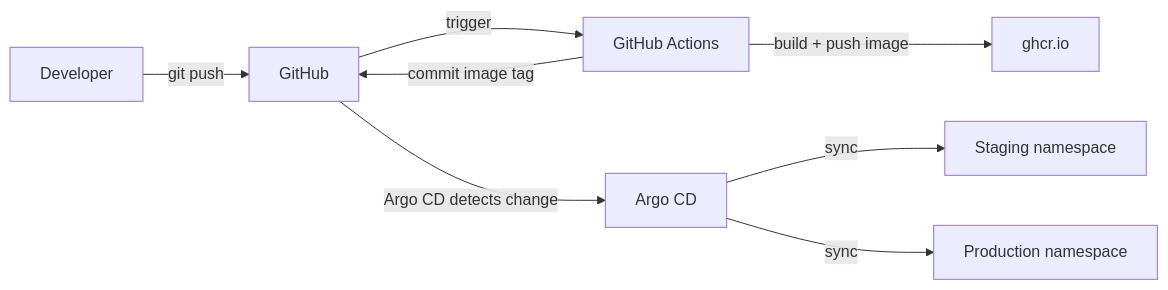
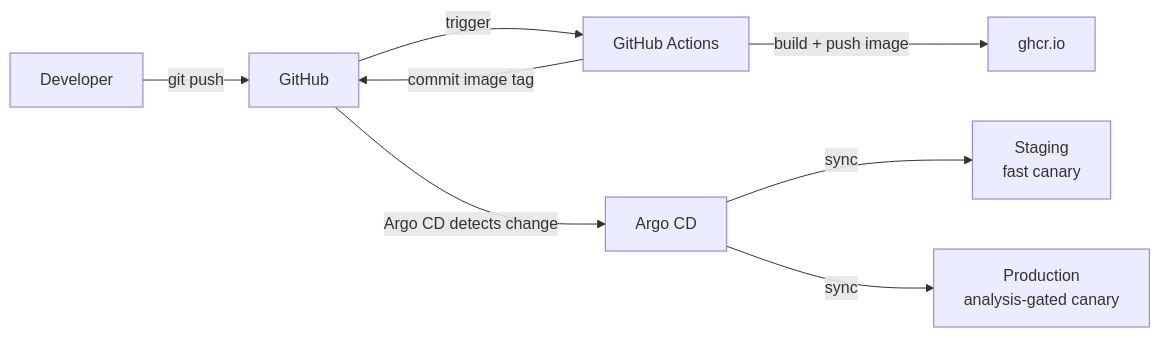
One commit to esuen/launchpad changed the third of 3 diagrams in README.md. Above: the diagram before and after it, drawn with Mermaid. The commit also changed other lines of this file, not shown here.

Commit message:
Update README for Phase 4: progressive delivery section with NGINX/analysis details

````diff
--- a/README.md
+++ b/README.md
@@ -209,10 +277,10 @@
 ```mermaid
 graph LR
     Dev[Developer] -->|git push| GH[GitHub]
     GH -->|trigger| CI[GitHub Actions]
     CI -->|build + push image| GHCR[ghcr.io]
     CI -->|commit image tag| GH
     GH -->|Argo CD detects change| ArgoCD[Argo CD]
-    ArgoCD -->|sync| Staging[Staging namespace]
-    ArgoCD -->|sync| Prod[Production namespace]
+    ArgoCD -->|sync| Staging[Staging<br/>fast canary]
+    ArgoCD -->|sync| Prod[Production<br/>analysis-gated canary]
 ```
````
